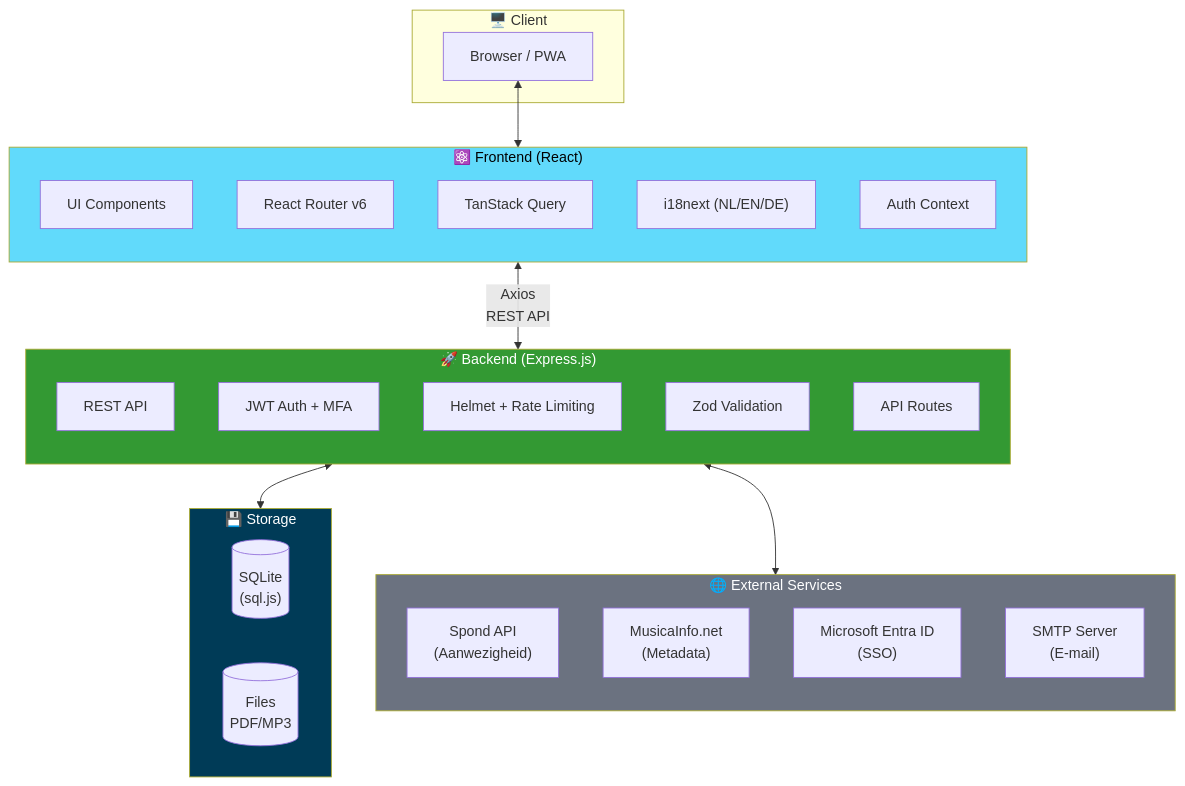
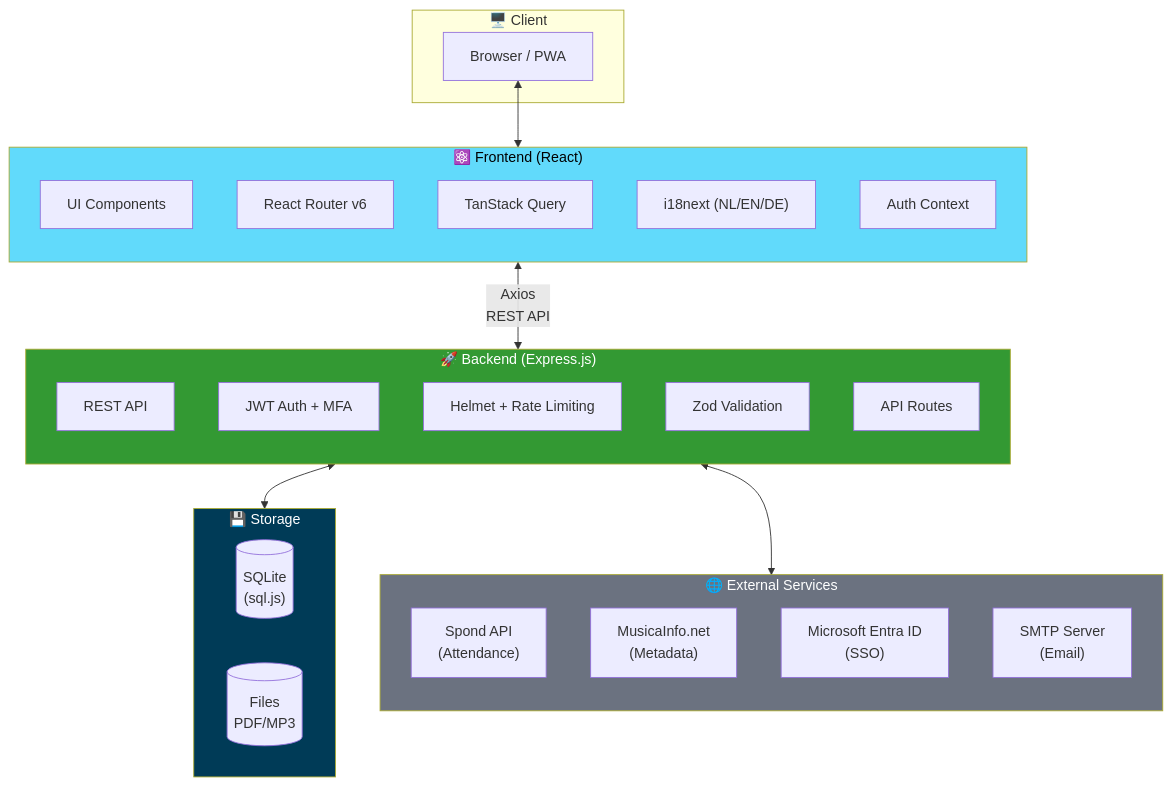
The first of 2 diagrams in README.md (ruudsl/tutti), drawn with Mermaid before and after one commit. The commit also changed other lines of this file and 1 other file, not shown here.

````diff
--- a/README.md
+++ b/README.md
@@ -42,48 +44,48 @@
 ```mermaid
 flowchart TB
     subgraph Client["🖥️ Client"]
         Browser["Browser / PWA"]
     end
 
     subgraph Frontend["⚛️ Frontend (React)"]
         direction TB
         UI["UI Components"]
         Router["React Router v6"]
         State["TanStack Query"]
         i18n["i18next (NL/EN/DE)"]
         Auth["Auth Context"]
     end
 
     subgraph Backend["🚀 Backend (Express.js)"]
         direction TB
         API["REST API"]
         JWT["JWT Auth + MFA"]
         Middleware["Helmet + Rate Limiting"]
         Validation["Zod Validation"]
         Routes["API Routes"]
     end
 
     subgraph Storage["💾 Storage"]
         direction LR
         SQLite[("SQLite\n(sql.js)")]
         Files[("Files\nPDF/MP3")]
     end
 
     subgraph External["🌐 External Services"]
         direction TB
-        Spond["Spond API\n(Aanwezigheid)"]
+        Spond["Spond API\n(Attendance)"]
         MusicaInfo["MusicaInfo.net\n(Metadata)"]
         Entra["Microsoft Entra ID\n(SSO)"]
-        SMTP["SMTP Server\n(E-mail)"]
+        SMTP["SMTP Server\n(Email)"]
     end
 
     Browser <--> Frontend
     Frontend <-->|"Axios\nREST API"| Backend
     Backend <--> Storage
     Backend <--> External
 
     style Frontend fill:#61DAFB,color:#000
     style Backend fill:#339933,color:#fff
     style Storage fill:#003B57,color:#fff
     style External fill:#6B7280,color:#fff
 ```
````
